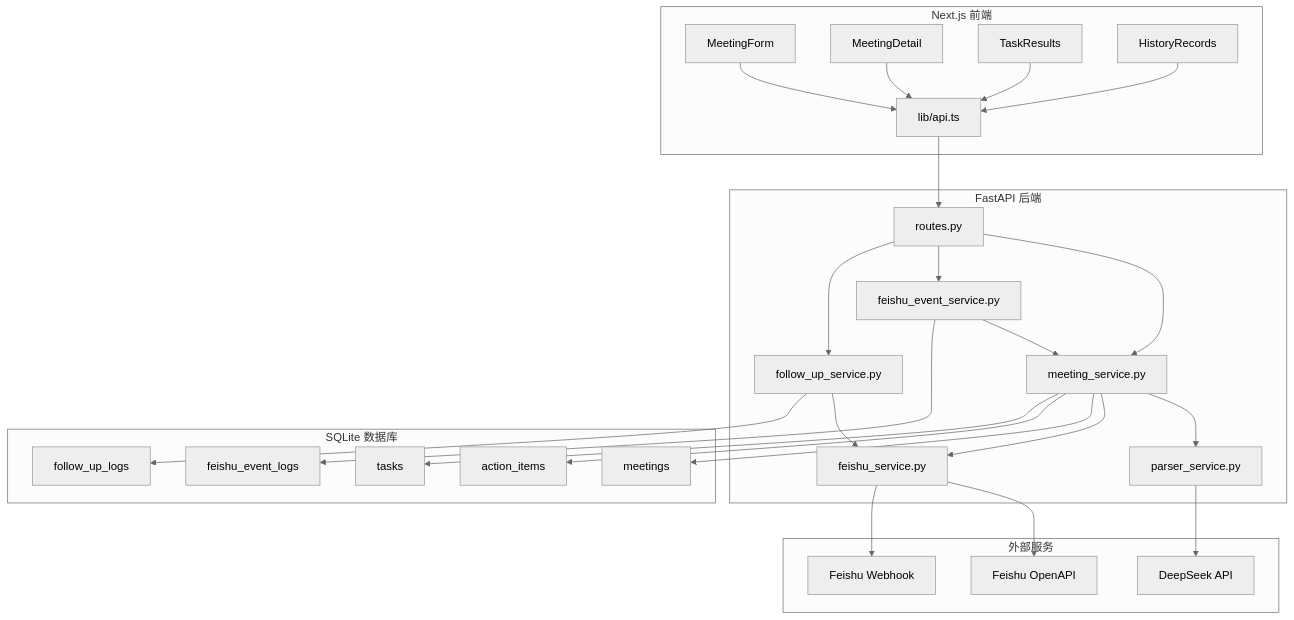
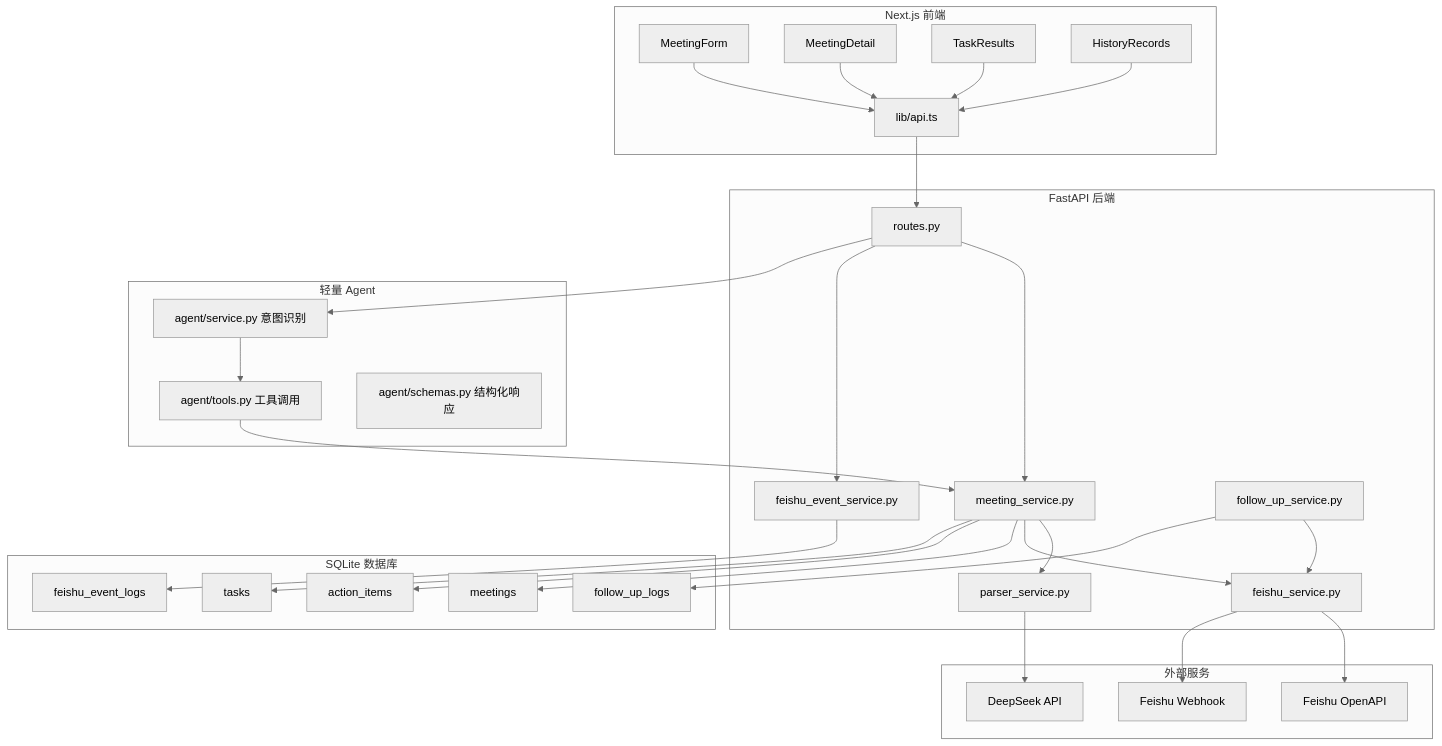
Before and after one commit to Ping-z330/action_bridge: the second of 2 diagrams in README.md, drawn with Mermaid (neutral theme). The commit also changed other lines of this file and 7 other files, not shown here.

````diff
--- a/README.md
+++ b/README.md
@@ -81,57 +90,65 @@
 ```mermaid
 flowchart TD
     subgraph Frontend[Next.js 前端]
         F1[MeetingForm]
         F2[MeetingDetail]
         F3[TaskResults]
         F4[HistoryRecords]
         F5[lib/api.ts]
     end
 
     subgraph Backend[FastAPI 后端]
         B1[routes.py]
         B2[meeting_service.py]
         B3[parser_service.py]
-        B4[feishu_service.py]
-        B5[feishu_event_service.py]
+        B4[feishu_event_service.py]
+        B5[feishu_service.py]
         B6[follow_up_service.py]
+    end
+
+    subgraph Agent[轻量 Agent]
+        A1[agent/service.py 意图识别]
+        A2[agent/tools.py 工具调用]
+        A3[agent/schemas.py 结构化响应]
     end
 
     subgraph DB[SQLite 数据库]
         D1[meetings]
         D2[action_items]
         D3[tasks]
         D4[follow_up_logs]
         D5[feishu_event_logs]
     end
 
     subgraph External[外部服务]
         E1[DeepSeek API]
         E2[Feishu OpenAPI]
         E3[Feishu Webhook]
     end
 
     F1 --> F5
     F2 --> F5
     F3 --> F5
     F4 --> F5
     F5 --> B1
 
     B1 --> B2
-    B1 --> B5
-    B1 --> B6
+    B1 --> B4
+    B1 --> A1
+    A1 --> A2
+    A2 --> B2
+
     B2 --> B3
-    B2 --> B4
-    B5 --> B2
-    B6 --> B4
+    B2 --> B5
+    B6 --> B5
 
     B3 --> E1
-    B4 --> E2
-    B4 --> E3
+    B5 --> E2
+    B5 --> E3
 
     B2 --> D1
     B2 --> D2
     B2 --> D3
     B6 --> D4
-    B5 --> D5
+    B4 --> D5
 ```
````
